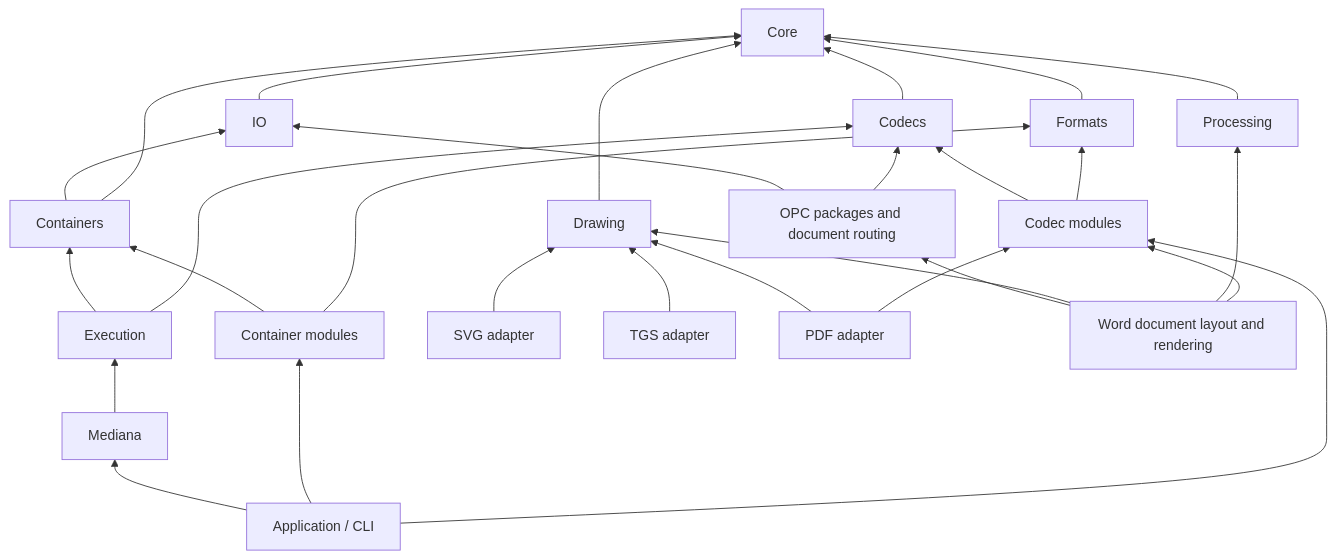
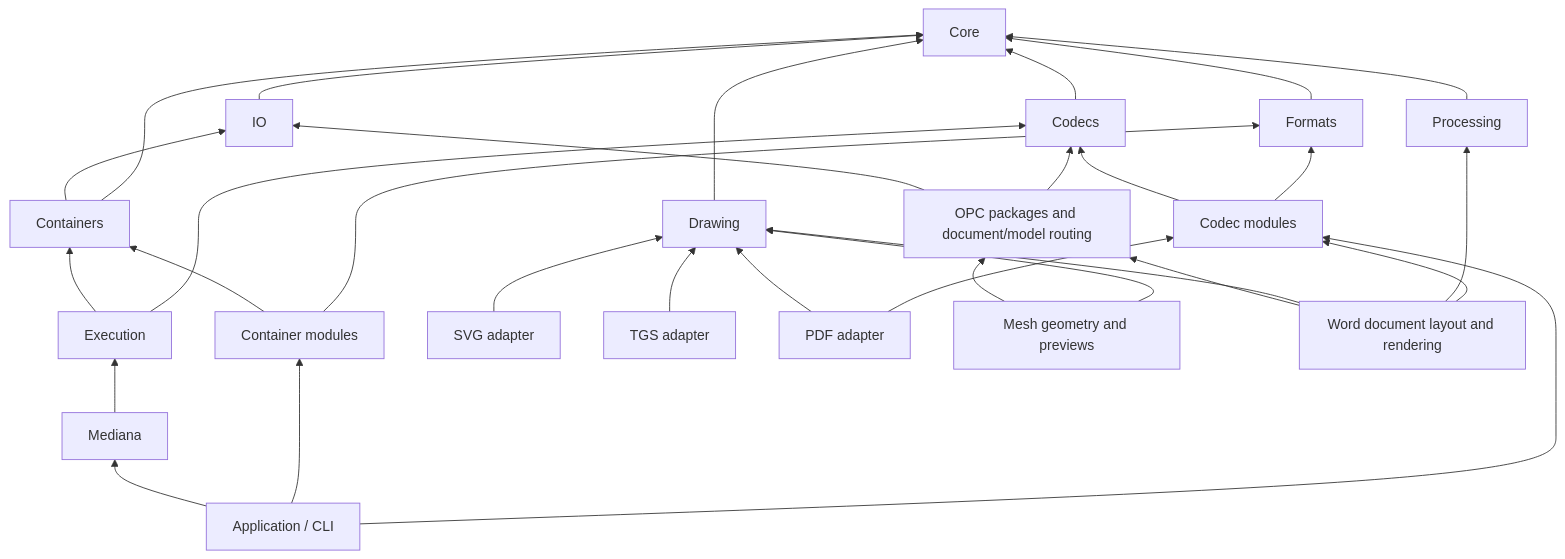
The diagram in docs/architecture.md (bvdcode/Mediana), drawn with Mermaid before and after one commit. The commit also changed other lines of this file and 4 other files, not shown here.

Commit message:
Document mesh APIs ownership and remaining rendering features

````diff
--- a/docs/architecture.md
+++ b/docs/architecture.md
@@ -7,30 +7,32 @@
 ```mermaid
 flowchart BT
     IO --> Core
     Formats --> Core
     Containers --> IO
     Containers --> Core
     Codecs --> Core
     Drawing --> Core
     Processing --> Core
     ContainerModules[Container modules] --> Containers
     ContainerModules --> Formats
     CodecModules[Codec modules] --> Codecs
     CodecModules --> Formats
     Execution --> Containers
     Execution --> Codecs
     Mediana --> Execution
     Svg[SVG adapter] --> Drawing
     Tgs[TGS adapter] --> Drawing
     Pdf[PDF adapter] --> Drawing
     Pdf --> CodecModules
-    OpenXml[OPC packages and document routing] --> IO
+    OpenXml[OPC packages and document/model routing] --> IO
+    Mesh[Mesh geometry and previews] --> OpenXml
+    Mesh --> Drawing
     OpenXml --> Codecs
     Word[Word document layout and rendering] --> OpenXml
     Word --> Drawing
     Word --> Processing
     Word --> CodecModules
     Application[Application / CLI] --> Mediana
     Application --> ContainerModules
     Application --> CodecModules
 ```
````
